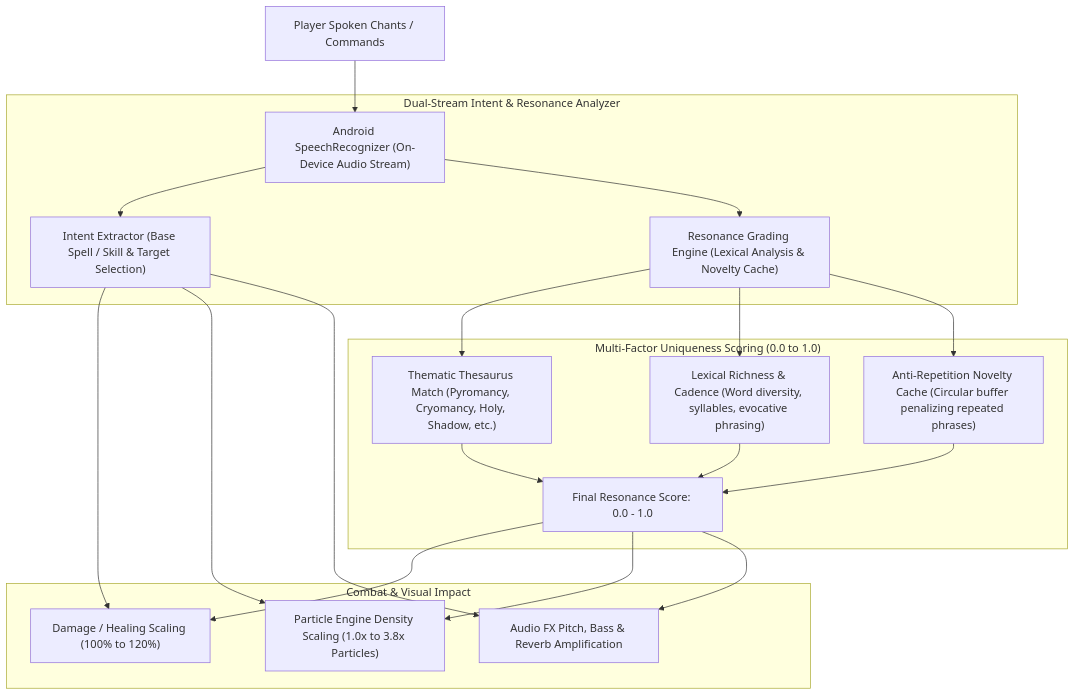
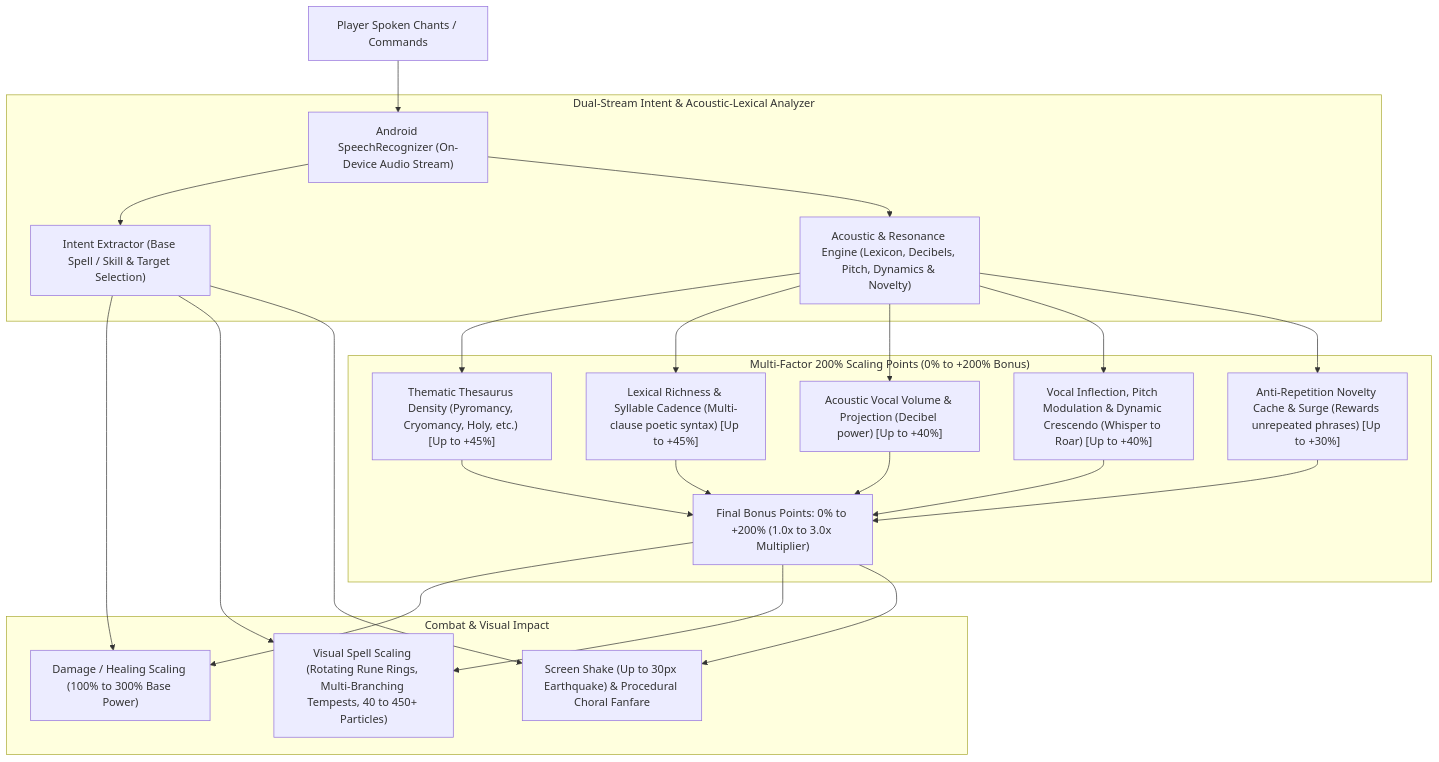
One commit to Todd0042/voice-rpg-android changed the first of 2 diagrams in DESIGN.md. Above: the diagram before and after it, drawn with Mermaid. The commit also changed other lines of this file and 10 other files, not shown here.

Commit message:
feat: implement 200% damage multiplier engine with acoustic volume, pitch, and crescendo grading + cataclysmic spell VFX

````diff
--- a/DESIGN.md
+++ b/DESIGN.md
@@ -61,22 +61,24 @@
 ```mermaid
 flowchart TD
     A["Player Spoken Chants / Commands"] --> B["Android SpeechRecognizer (On-Device Audio Stream)"]
     
-    subgraph Analysis ["Dual-Stream Intent & Resonance Analyzer"]
+    subgraph Analysis ["Dual-Stream Intent & Acoustic-Lexical Analyzer"]
         B --> C["Intent Extractor (Base Spell / Skill & Target Selection)"]
-        B --> D["Resonance Grading Engine (Lexical Analysis & Novelty Cache)"]
+        B --> D["Acoustic & Resonance Engine (Lexicon, Decibels, Pitch, Dynamics & Novelty)"]
     end
 
-    subgraph Scoring ["Multi-Factor Uniqueness Scoring (0.0 to 1.0)"]
-        D --> E1["Thematic Thesaurus Match (Pyromancy, Cryomancy, Holy, Shadow, etc.)"]
-        D --> E2["Lexical Richness & Cadence (Word diversity, syllables, evocative phrasing)"]
-        D --> E3["Anti-Repetition Novelty Cache (Circular buffer penalizing repeated phrases)"]
-        E1 & E2 & E3 --> F["Final Resonance Score: 0.0 - 1.0"]
+    subgraph Scoring ["Multi-Factor 200% Scaling Points (0% to +200% Bonus)"]
+        D --> E1["Thematic Thesaurus Density (Pyromancy, Cryomancy, Holy, etc.) [Up to +45%]"]
+        D --> E2["Lexical Richness & Syllable Cadence (Multi-clause poetic syntax) [Up to +45%]"]
+        D --> E3["Acoustic Vocal Volume & Projection (Decibel power) [Up to +40%]"]
+        D --> E4["Vocal Inflection, Pitch Modulation & Dynamic Crescendo (Whisper to Roar) [Up to +40%]"]
+        D --> E5["Anti-Repetition Novelty Cache & Surge (Rewards unrepeated phrases) [Up to +30%]"]
+        E1 & E2 & E3 & E4 & E5 --> F["Final Bonus Points: 0% to +200% (1.0x to 3.0x Multiplier)"]
     end
 
     subgraph Resolution ["Combat & Visual Impact"]
-        C & F --> G["Damage / Healing Scaling (100% to 120%)"]
-        C & F --> H["Particle Engine Density Scaling (1.0x to 3.8x Particles)"]
-        C & F --> I["Audio FX Pitch, Bass & Reverb Amplification"]
+        C & F --> G["Damage / Healing Scaling (100% to 300% Base Power)"]
+        C & F --> H["Visual Spell Scaling (Rotating Rune Rings, Multi-Branching Tempests, 40 to 450+ Particles)"]
+        C & F --> I["Screen Shake (Up to 30px Earthquake) & Procedural Choral Fanfare"]
     end
 ```
````
